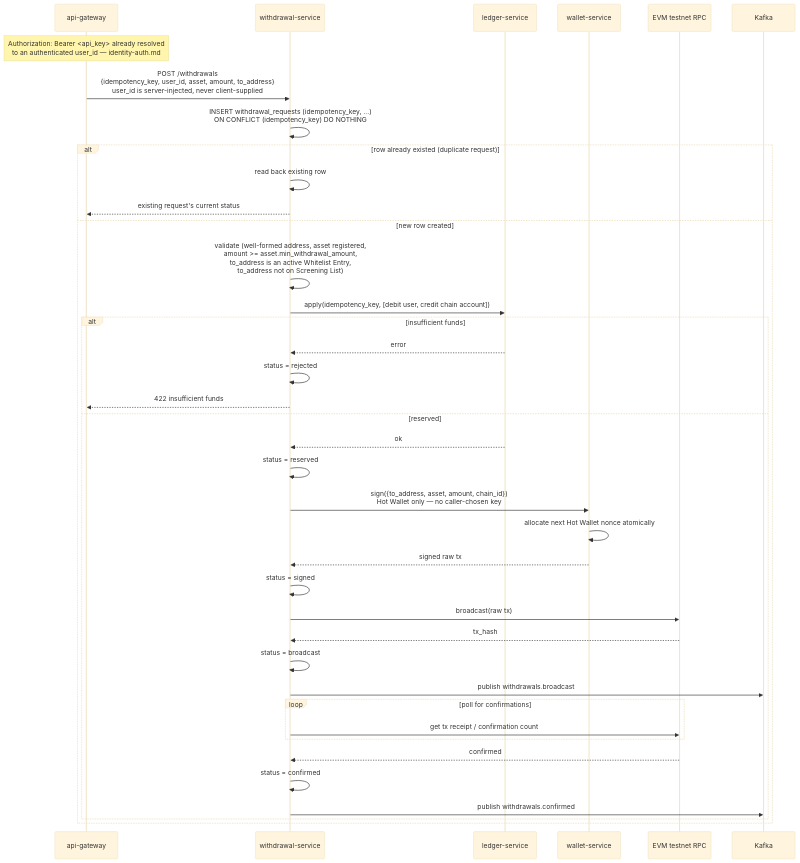
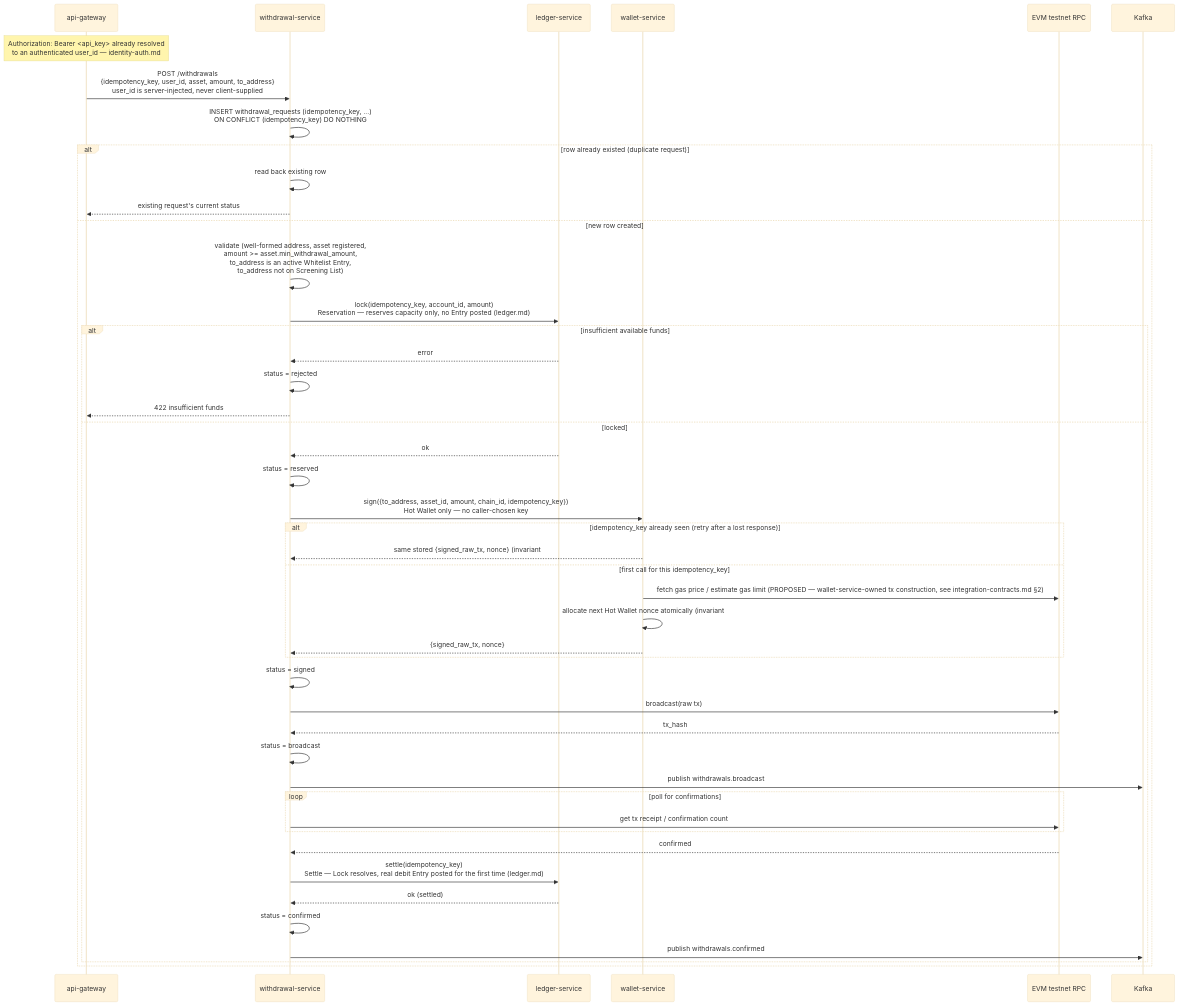
The first of 3 diagrams in docs/design/withdrawal-flow.md (VuKhuongDuy/DigiWal), drawn with Mermaid (base theme) before and after one commit. The commit also changed other lines of this file and 1 other file, not shown here.

First line of the commit message:
ledger, withdrawal-flow: split balance into total/locked/available

````diff
--- a/docs/design/withdrawal-flow.md
+++ b/docs/design/withdrawal-flow.md
@@ -213,42 +329,49 @@
 ```mermaid
 sequenceDiagram
     participant Gateway as api-gateway
     participant WD as withdrawal-service
     participant Ledger as ledger-service
     participant Wallet as wallet-service
     participant RPC as EVM testnet RPC
     participant Kafka
 
     Note over Gateway: Authorization: Bearer <api_key> already resolved<br/>to an authenticated user_id — identity-auth.md
     Gateway->>WD: POST /withdrawals<br/>{idempotency_key, user_id, asset, amount, to_address}<br/>user_id is server-injected, never client-supplied
     WD->>WD: INSERT withdrawal_requests (idempotency_key, ...)<br/>ON CONFLICT (idempotency_key) DO NOTHING
     alt row already existed (duplicate request)
         WD->>WD: read back existing row
         WD-->>Gateway: existing request's current status
     else new row created
         WD->>WD: validate (well-formed address, asset registered,<br/>amount >= asset.min_withdrawal_amount,<br/>to_address is an active Whitelist Entry,<br/>to_address not on Screening List)
-        WD->>Ledger: apply(idempotency_key, [debit user, credit chain account])
-        alt insufficient funds
+        WD->>Ledger: lock(idempotency_key, account_id, amount)<br/>Reservation — reserves capacity only, no Entry posted (ledger.md)
+        alt insufficient available funds
             Ledger-->>WD: error
             WD->>WD: status = rejected
             WD-->>Gateway: 422 insufficient funds
-        else reserved
+        else locked
             Ledger-->>WD: ok
             WD->>WD: status = reserved
-            WD->>Wallet: sign({to_address, asset, amount, chain_id})<br/>Hot Wallet only — no caller-chosen key
-            Wallet->>Wallet: allocate next Hot Wallet nonce atomically
-            Wallet-->>WD: signed raw tx
+            WD->>Wallet: sign({to_address, asset_id, amount, chain_id, idempotency_key})<br/>Hot Wallet only — no caller-chosen key
+            alt idempotency_key already seen (retry after a lost response)
+                Wallet-->>WD: same stored {signed_raw_tx, nonce} (invariant #16) — no new nonce allocated
+            else first call for this idempotency_key
+                Wallet->>RPC: fetch gas price / estimate gas limit (PROPOSED — wallet-service-owned tx construction, see integration-contracts.md §2)
+                Wallet->>Wallet: allocate next Hot Wallet nonce atomically (invariant #6)<br/>persist (idempotency_key -> nonce, signed_raw_tx) (invariant #16)
+                Wallet-->>WD: {signed_raw_tx, nonce}
+            end
             WD->>WD: status = signed
             WD->>RPC: broadcast(raw tx)
             RPC-->>WD: tx_hash
             WD->>WD: status = broadcast
             WD->>Kafka: publish withdrawals.broadcast
             loop poll for confirmations
                 WD->>RPC: get tx receipt / confirmation count
             end
             RPC-->>WD: confirmed
+            WD->>Ledger: settle(idempotency_key)<br/>Settle — Lock resolves, real debit Entry posted for the first time (ledger.md)
+            Ledger-->>WD: ok (settled)
             WD->>WD: status = confirmed
             WD->>Kafka: publish withdrawals.confirmed
         end
     end
 ```
````
